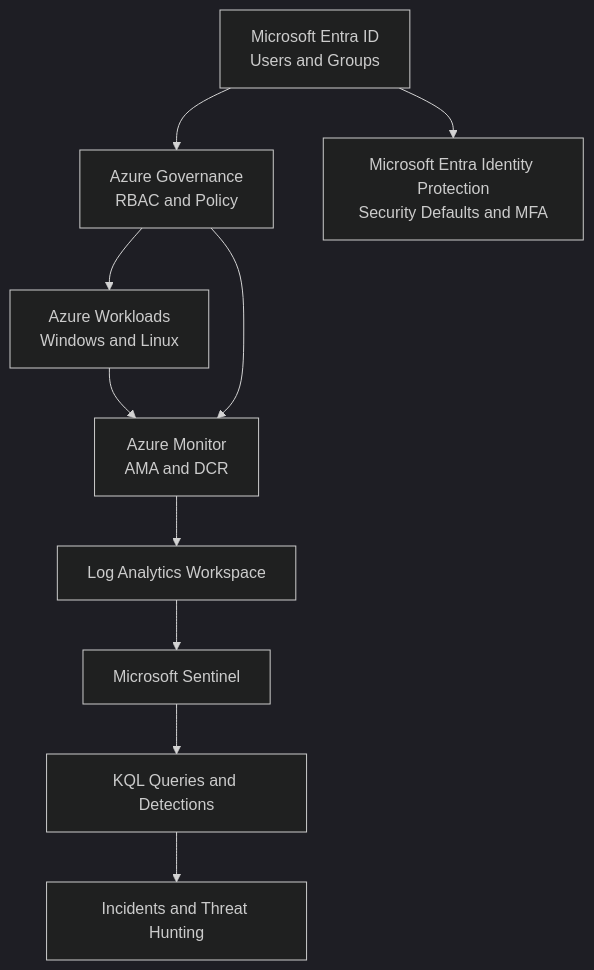
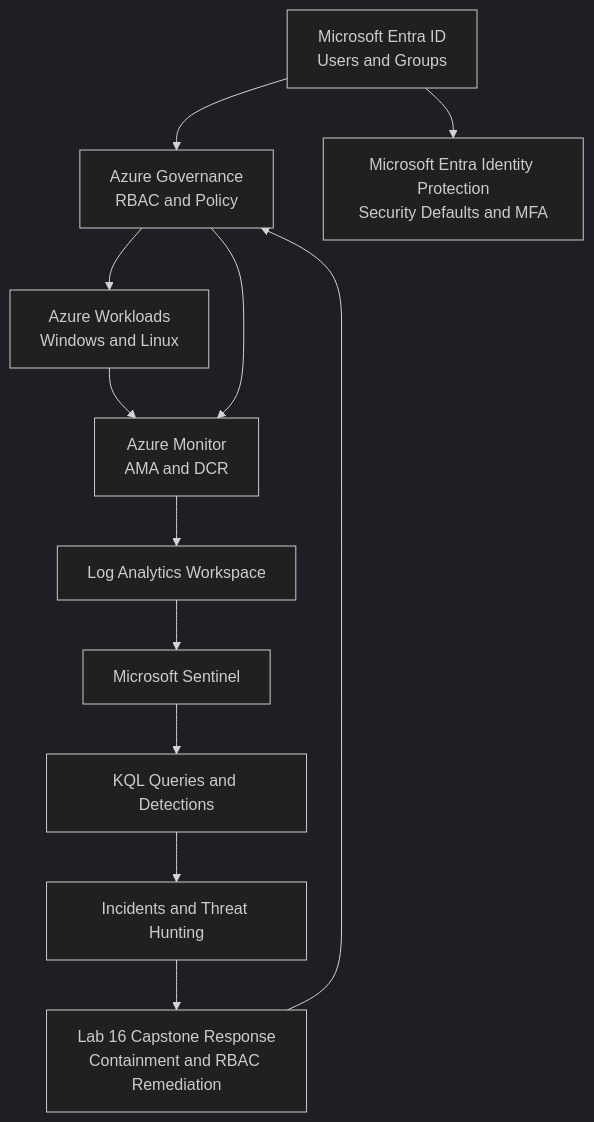
Before and after one commit to Walber2903/azure-security-operations-lab: the diagram in README.md, drawn with Mermaid (dark theme). The commit also changed other lines of this file and 1 other file, not shown here.

````diff
--- a/README.md
+++ b/README.md
@@ -153,22 +224,25 @@
 ```mermaid
 flowchart TD
     A["Microsoft Entra ID<br/>Users and Groups"]
     B["Azure Governance<br/>RBAC and Policy"]
     C["Azure Workloads<br/>Windows and Linux"]
     D["Azure Monitor<br/>AMA and DCR"]
     E["Log Analytics Workspace"]
     F["Microsoft Sentinel"]
     G["KQL Queries and Detections"]
     H["Incidents and Threat Hunting"]
     I["Microsoft Entra Identity Protection<br/>Security Defaults and MFA"]
+    J["Lab 16 Capstone Response<br/>Containment and RBAC Remediation"]
 
     A --> B
     A --> I
     B --> C
     C --> D
     B --> D
     D --> E
     E --> F
     F --> G
     G --> H
+    H --> J
+    J --> B
 ```
````
